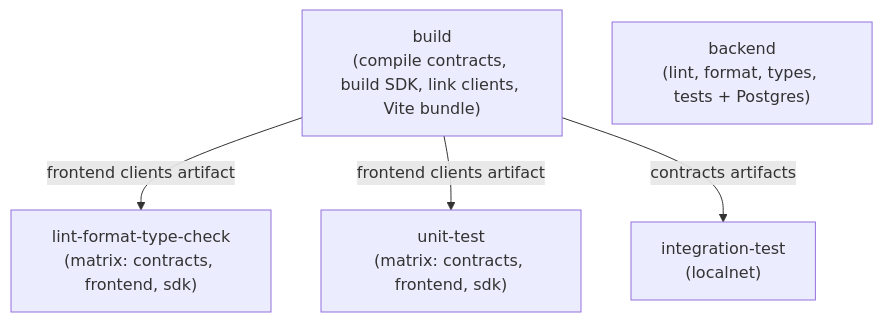
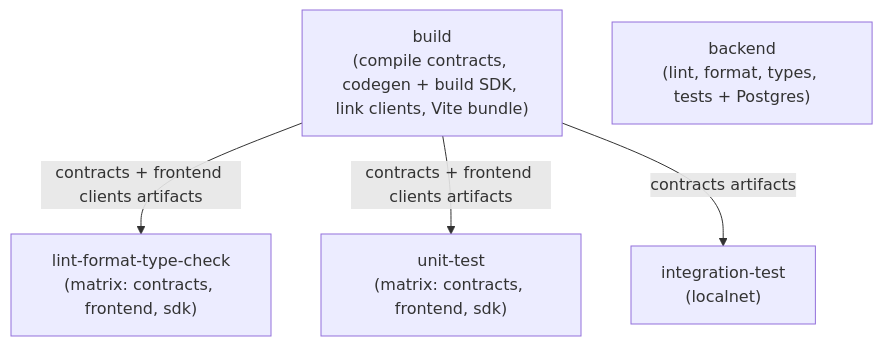
Before and after one commit to adidomenico/AlgorArt: the diagram in docs/ci.md, drawn with Mermaid. The commit also changed other lines of this file and 18 other files, not shown here.

````diff
--- a/docs/ci.md
+++ b/docs/ci.md
@@ -32,12 +33,12 @@
 ```mermaid
 flowchart TD
-    build["build<br/>(compile contracts, build SDK, link clients, Vite bundle)"]
+    build["build<br/>(compile contracts, codegen + build SDK, link clients, Vite bundle)"]
     lint["lint-format-type-check<br/>(matrix: contracts, frontend, sdk)"]
     unit["unit-test<br/>(matrix: contracts, frontend, sdk)"]
     backend["backend<br/>(lint, format, types, tests + Postgres)"]
     integration["integration-test<br/>(localnet)"]
 
-    build -->|"frontend clients artifact"| lint
-    build -->|"frontend clients artifact"| unit
+    build -->|"contracts + frontend clients artifacts"| lint
+    build -->|"contracts + frontend clients artifacts"| unit
     build -->|"contracts artifacts"| integration
 ```
````
